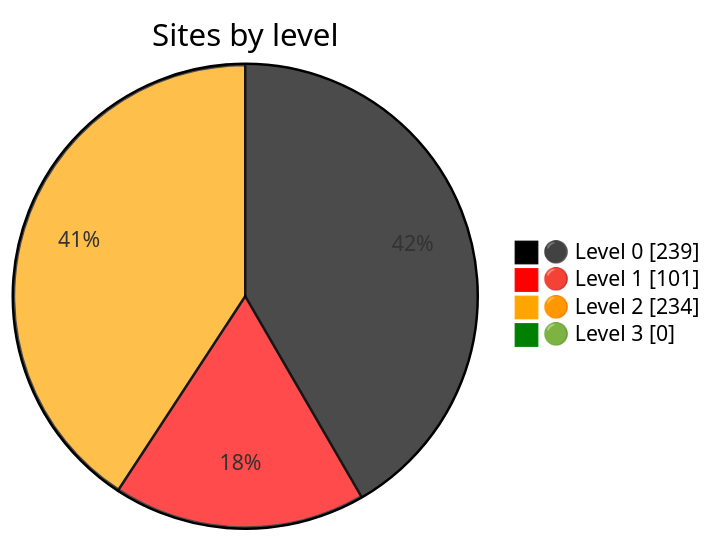
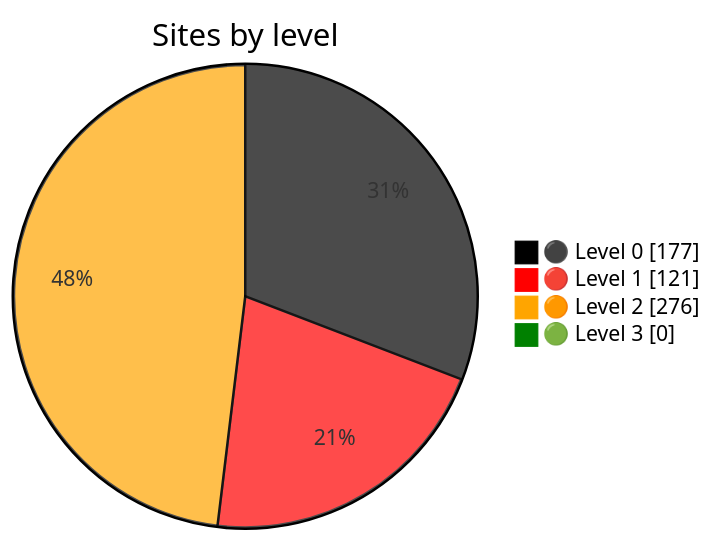
One commit to nuuuwan/gov_lk_web_auditor changed the diagram in README.md. Above: the diagram before and after it, drawn with Mermaid. The commit also changed other lines of this file and 2664 other files, not shown here.

````diff
--- a/README.md
+++ b/README.md
@@ -24,9 +24,9 @@
 ```mermaid
 %%{init: {"themeVariables":{"pie1":"black","pie2":"red","pie3":"orange","pie4":"green"}}}%%
 pie showData
     title Sites by level
-    "⚫ Level 0" : 239
-    "🔴 Level 1" : 101
-    "🟠 Level 2" : 234
+    "⚫ Level 0" : 177
+    "🔴 Level 1" : 121
+    "🟠 Level 2" : 276
     "🟢 Level 3" : 0
 ```
````
